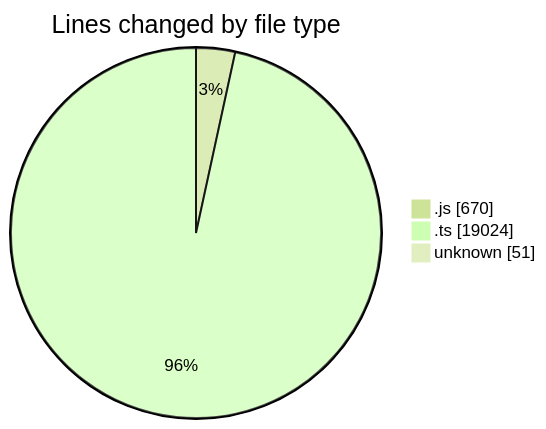
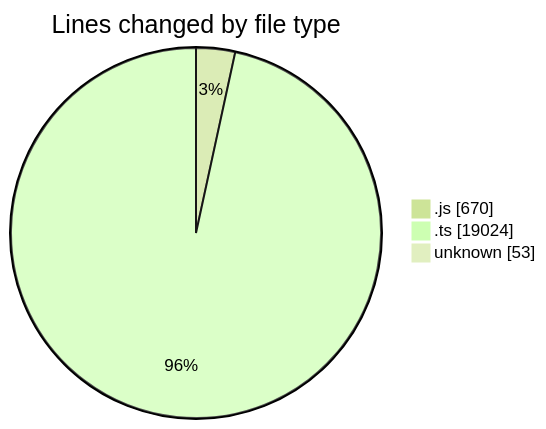
The first of 2 diagrams in 2026-08-21/cda/README.md (momahboobian/code-tracking), drawn with Mermaid (forest theme) before and after one commit. The commit also changed other lines of this file and 1 other file, not shown here.

````diff
--- a/2026-08-21/cda/README.md
+++ b/2026-08-21/cda/README.md
@@ -31,7 +31,7 @@
 ```mermaid
 pie showData
 title Lines changed by file type
 ".js" : 670
 ".ts" : 19024
-"unknown" : 51
+"unknown" : 53
 ```
````
